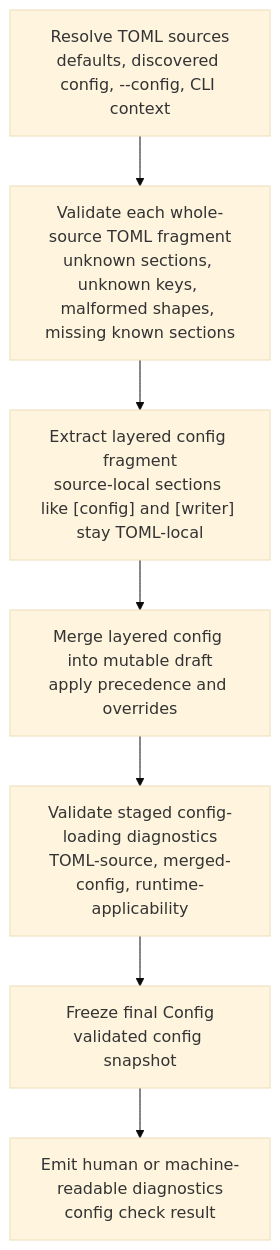
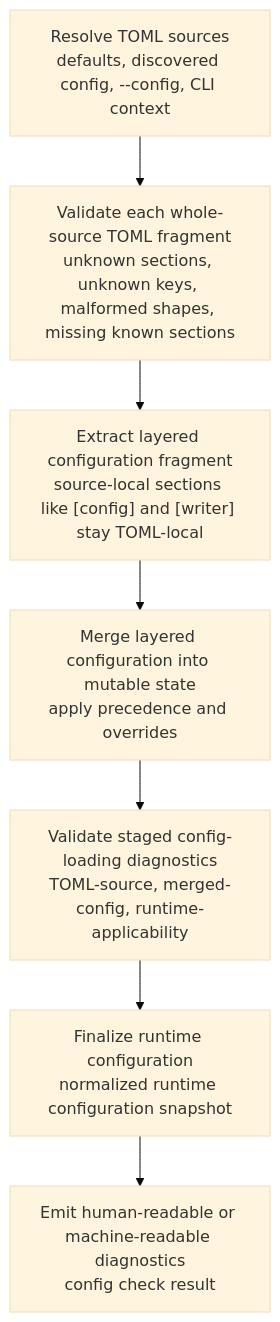
Before and after one commit to shutterfreak/topmark: the diagram in docs/usage/commands/config/check.md, drawn with Mermaid (base theme). The commit also changed other lines of this file and 56 other files, not shown here.

````diff
--- a/docs/usage/commands/config/check.md
+++ b/docs/usage/commands/config/check.md
@@ -175,12 +177,12 @@
 ```mermaid
 flowchart TD
     A["Resolve TOML sources<br/>defaults, discovered config, --config, CLI context"]
     B["Validate each whole-source TOML fragment<br/>unknown sections, unknown keys, malformed shapes, missing known sections"]
-    C["Extract layered config fragment<br/>source-local sections like [config] and [writer] stay TOML-local"]
-    D["Merge layered config into mutable draft<br/>apply precedence and overrides"]
+    C["Extract layered configuration fragment<br/>source-local sections like [config] and [writer] stay TOML-local"]
+    D["Merge layered configuration into mutable state<br/>apply precedence and overrides"]
     E["Validate staged config-loading diagnostics<br/>TOML-source, merged-config, runtime-applicability"]
-    F["Freeze final Config<br/>validated config snapshot"]
-    G["Emit human or machine-readable diagnostics<br/>config check result"]
+    F["Finalize runtime configuration<br/>normalized runtime configuration snapshot"]
+    G["Emit human-readable or machine-readable diagnostics<br/>config check result"]
 
     A --> B --> C --> D --> E --> F --> G
 ```
````
